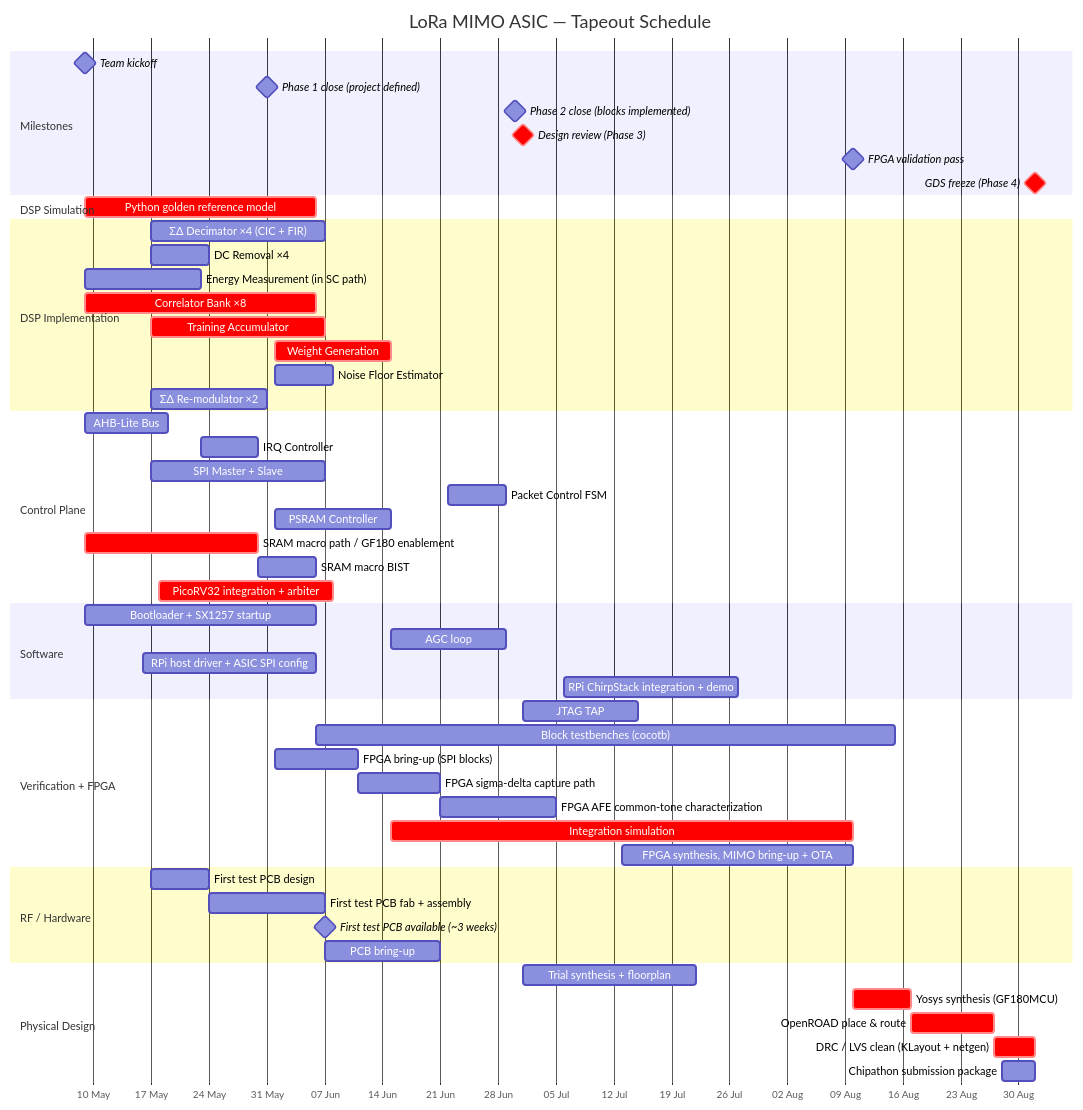
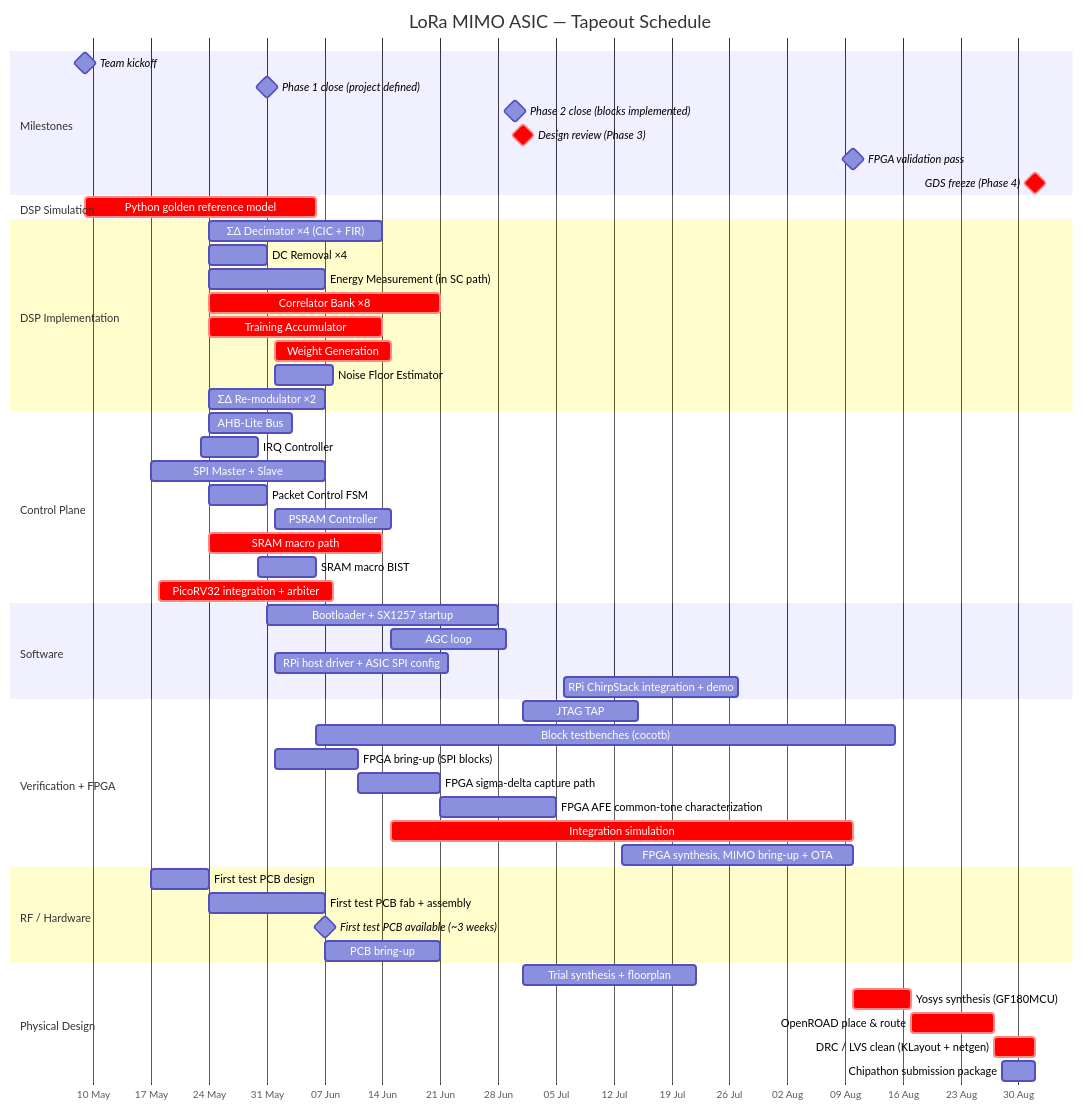
The diagram in lora-mimo/planning/Gantt.md (Sheffield-Chip-Design-Team/chipathon-2026), drawn with Mermaid before and after one commit.

Commit message:
Adjust Gantt start dates

````diff
--- a/lora-mimo/planning/Gantt.md
+++ b/lora-mimo/planning/Gantt.md
@@ -9,65 +9,65 @@
 ```mermaid
 gantt
     title LoRa MIMO ASIC — Tapeout Schedule
     dateFormat  YYYY-MM-DD
     axisFormat  %d %b
 
     section Milestones
     Team kickoff                         :milestone, m1, 2026-05-09, 0d
     Phase 1 close (project defined)      :milestone, m_p1, 2026-05-31, 0d
     Phase 2 close (blocks implemented)   :milestone, m_p2, 2026-06-30, 0d
     Design review (Phase 3)              :milestone, crit, m2, 2026-07-01, 0d
     FPGA validation pass                 :milestone, m3,     2026-08-10, 0d
     GDS freeze (Phase 4)                 :milestone, crit, m4, 2026-09-01, 0d
 
     section DSP Simulation
     Python golden reference model        :crit, vf1,  2026-05-09, 28d
 
     section DSP Implementation
-    ΣΔ Decimator ×4 (CIC + FIR)         :rx1,  2026-05-17, 21d
-    DC Removal ×4                        :rx0,  2026-05-17, 7d
-    Energy Measurement (in SC path)     :rx2,  2026-05-09, 14d
-    Correlator Bank ×8                   :crit, rx3,  2026-05-09, 28d
-    Training Accumulator                 :crit, rx4,  2026-05-17, 21d
+    ΣΔ Decimator ×4 (CIC + FIR)         :rx1,  2026-05-24, 21d
+    DC Removal ×4                        :rx0,  2026-05-24, 7d
+    Energy Measurement (in SC path)     :rx2,  2026-05-24, 14d
+    Correlator Bank ×8                   :crit, rx3,  2026-05-24, 28d
+    Training Accumulator                 :crit, rx4,  2026-05-24, 21d
     Weight Generation                    :crit, rx5,  2026-06-01, 14d
     Noise Floor Estimator                :rx7,  2026-06-01, 7d
-    ΣΔ Re-modulator ×2                   :rx6,  2026-05-17, 14d
+    ΣΔ Re-modulator ×2                   :rx6,  2026-05-24, 14d
 
     section Control Plane
-    AHB-Lite Bus                         :cb4,  2026-05-09, 10d
+    AHB-Lite Bus                         :cb4,  2026-05-24, 10d
     IRQ Controller                       :cb3,  2026-05-23, 7d
     SPI Master + Slave                   :cb1,  2026-05-17, 21d
-    Packet Control FSM                   :cb5,  2026-06-22, 7d
+    Packet Control FSM                   :cb5,  2026-05-24, 7d
     PSRAM Controller                     :cb6,  2026-06-01, 14d
-    SRAM macro path / GF180 enablement   :crit, cm1,  2026-05-09, 21d
+    SRAM macro path                      :crit, cm1,  2026-05-24, 21d
     SRAM macro BIST                      :cm2,  2026-05-30, 7d
     PicoRV32 integration + arbiter       :crit, cm3,  2026-05-18, 21d
 
     section Software
-    Bootloader + SX1257 startup          :fw0,  2026-05-09, 28d
+    Bootloader + SX1257 startup          :fw0,  2026-05-31, 28d
     AGC loop                             :fw4,  2026-06-15, 14d
-    RPi host driver + ASIC SPI config    :fw6,  2026-05-16, 21d
+    RPi host driver + ASIC SPI config    :fw6,  2026-06-01, 21d
     RPi ChirpStack integration + demo    :fw7,  2026-07-06, 21d
 
     section Verification + FPGA
     JTAG TAP                             :cm4,  2026-07-01, 14d
     Block testbenches (cocotb)           :vf2,  after vf1, 70d
     FPGA bring-up (SPI blocks)           :fp0,  2026-06-01, 10d
     FPGA sigma-delta capture path        :fp1,  2026-06-11, 10d
     FPGA AFE common-tone characterization:fp2,  2026-06-21, 14d
     Integration simulation               :crit, vf4,  2026-06-15, 56d
     FPGA synthesis, MIMO bring-up + OTA  :fp3,  2026-07-13, 28d
 
     section RF / Hardware
     First test PCB design                :hw2,  2026-05-17, 7d
     First test PCB fab + assembly        :hw3,  2026-05-24, 14d
     First test PCB available (~3 weeks)  :milestone, hw4, 2026-06-07, 0d
     PCB bring-up                         :hw5,  2026-06-07, 14d
 
     section Physical Design
     Trial synthesis + floorplan          :pd0,  2026-07-01, 21d
     Yosys synthesis (GF180MCU)           :crit, pd1,  2026-08-10, 7d
     OpenROAD place & route               :crit, pd2,  2026-08-17, 10d
     DRC / LVS clean (KLayout + netgen)   :crit, pd3,  2026-08-27, 5d
     Chipathon submission package         :pd4,  2026-08-28, 4d
 ```
````
